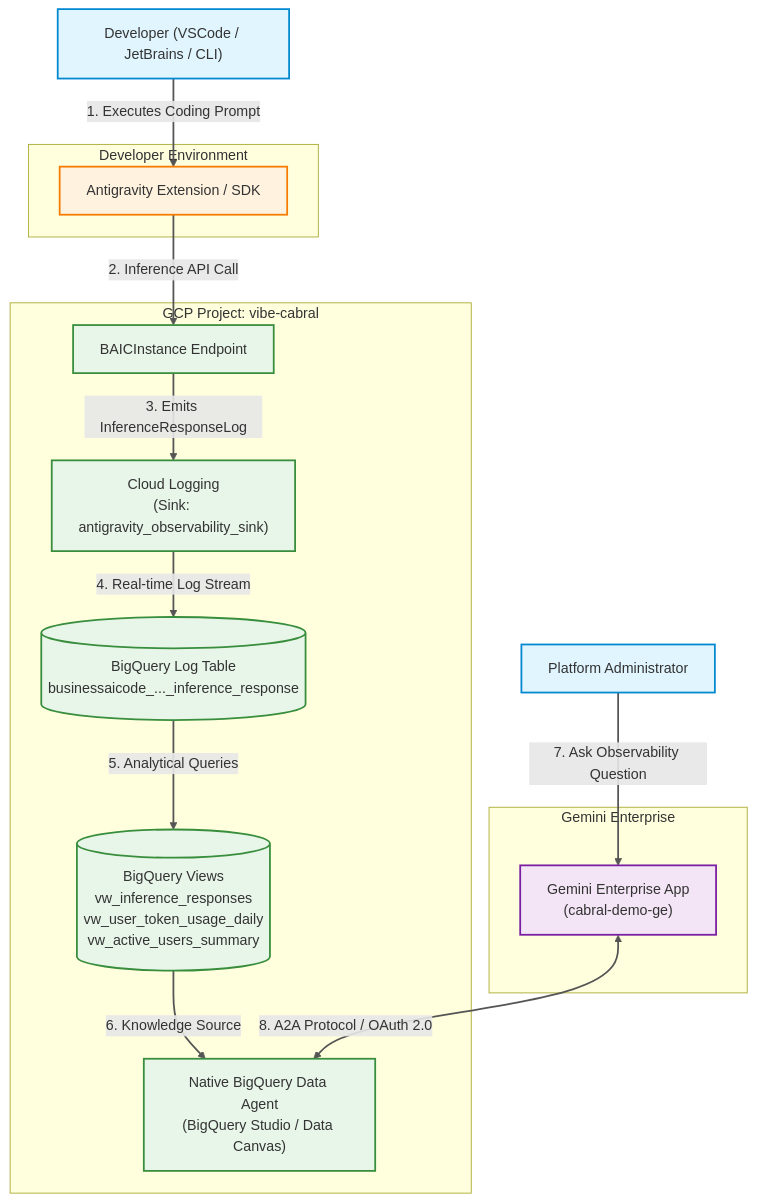
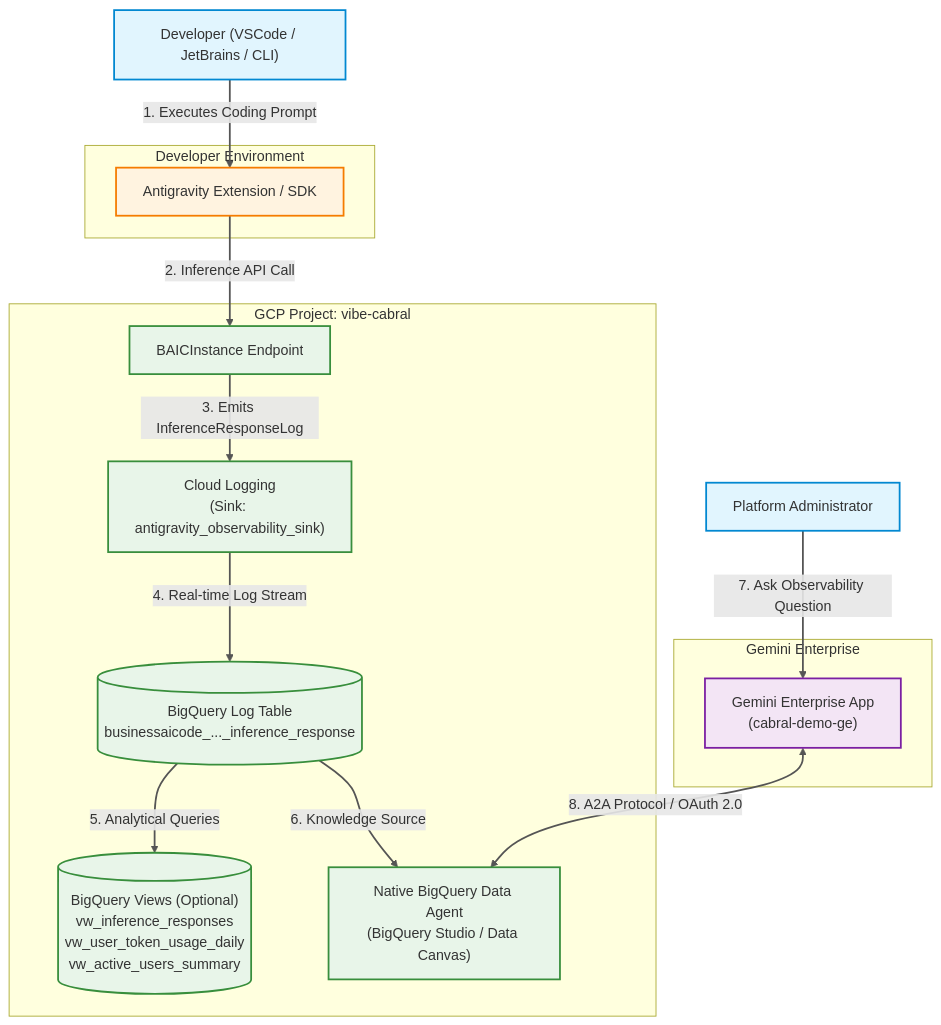
The diagram in docs/ENTERPRISE_OBSERVABILITY_SETUP_GUIDE.md (carlosmscabral/antigravity-ge-admin), drawn with Mermaid before and after one commit. The commit also changed other lines of this file, not shown here.

Commit message:
docs: update Golden SQL Queries to run directly against base table businessaicode_googleapis_com_inference_response

````diff
--- a/docs/ENTERPRISE_OBSERVABILITY_SETUP_GUIDE.md
+++ b/docs/ENTERPRISE_OBSERVABILITY_SETUP_GUIDE.md
@@ -15,37 +15,37 @@
 ```mermaid
 flowchart TD
     classDef actor fill:#e1f5fe,stroke:#0288d1,stroke-width:2px;
     classDef client fill:#fff3e0,stroke:#f57c00,stroke-width:2px;
     classDef gcp fill:#e8f5e9,stroke:#388e3c,stroke-width:2px;
     classDef ge fill:#f3e5f5,stroke:#7b1fa2,stroke-width:2px;
 
     Dev["Developer (VSCode / JetBrains / CLI)"]:::actor
     Admin["Platform Administrator"]:::actor
 
     subgraph IDE_Boundary["Developer Environment"]
         Plugin["Antigravity Extension / SDK"]:::client
     end
 
     subgraph GCP_Vibe_Cabral["GCP Project: vibe-cabral"]
         BAIC["BAICInstance Endpoint"]:::gcp
         CloudLogging["Cloud Logging<br/>(Sink: antigravity_observability_sink)"]:::gcp
         BQ_Table[("BigQuery Log Table<br/>businessaicode_..._inference_response")]:::gcp
-        BQ_Views[("BigQuery Views<br/>vw_inference_responses<br/>vw_user_token_usage_daily<br/>vw_active_users_summary")]:::gcp
+        BQ_Views[("BigQuery Views (Optional)<br/>vw_inference_responses<br/>vw_user_token_usage_daily<br/>vw_active_users_summary")]:::gcp
         BQ_Agent["Native BigQuery Data Agent<br/>(BigQuery Studio / Data Canvas)"]:::gcp
     end
 
     subgraph Gemini_Enterprise_Boundary["Gemini Enterprise"]
         GE_App["Gemini Enterprise App<br/>(cabral-demo-ge)"]:::ge
     end
 
     Dev -->|1. Executes Coding Prompt| Plugin
     Plugin -->|2. Inference API Call| BAIC
     BAIC -->|3. Emits InferenceResponseLog| CloudLogging
     CloudLogging -->|4. Real-time Log Stream| BQ_Table
     BQ_Table -->|5. Analytical Queries| BQ_Views
-    BQ_Views -->|6. Knowledge Source| BQ_Agent
+    BQ_Table -->|6. Knowledge Source| BQ_Agent
     Admin -->|7. Ask Observability Question| GE_App
     GE_App <-->|8. A2A Protocol / OAuth 2.0| BQ_Agent
 
     linkStyle default stroke:#555,stroke-width:2px;
 ```
````
